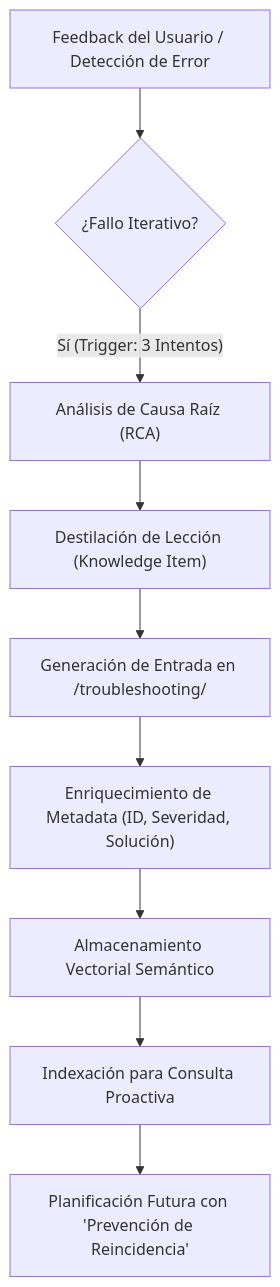
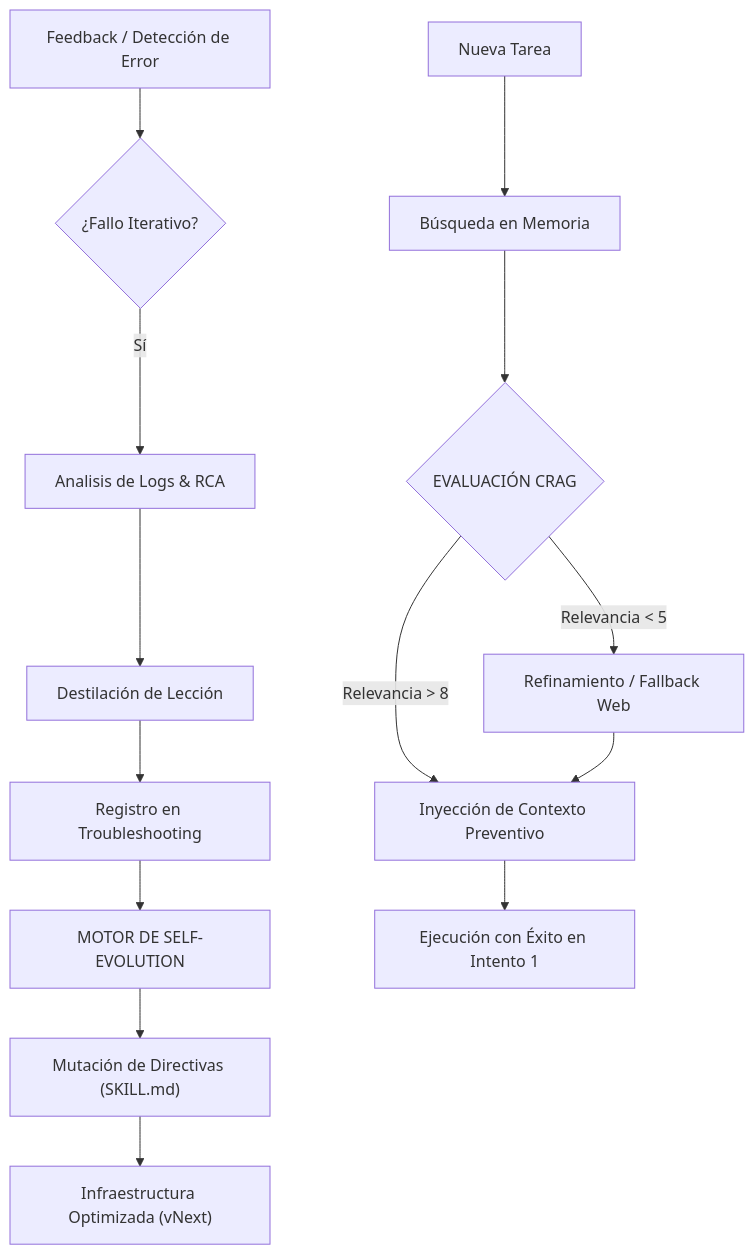
The diagram in README.md (ingjaviergomezm/phva-vectorizado), drawn with Mermaid before and after one commit. The commit also changed other lines of this file and 3 other files, not shown here.

Commit message:
Update to v2.0.0: Integrating CRAG Protocol and Self-Evolution Engine.

````diff
--- a/README.md
+++ b/README.md
@@ -58,11 +49,17 @@
 ```mermaid
 graph TD
-    A["Feedback del Usuario / Detección de Error"] --> B{"¿Fallo Iterativo?"}
-    B -- "Sí (Trigger: 3 Intentos)" --> C["Análisis de Causa Raíz (RCA)"]
-    C --> D["Destilación de Lección (Knowledge Item)"]
-    D --> E["Generación de Entrada en /troubleshooting/"]
-    E --> F["Enriquecimiento de Metadata (ID, Severidad, Solución)"]
-    F --> G["Almacenamiento Vectorial Semántico"]
-    G --> H["Indexación para Consulta Proactiva"]
-    H --> I["Planificación Futura con 'Prevención de Reincidencia'"]
+    A["Feedback / Detección de Error"] --> B{"¿Fallo Iterativo?"}
+    B -- "Sí" --> C["Analisis de Logs & RCA"]
+    C --> D["Destilación de Lección"]
+    D --> E["Registro en Troubleshooting"]
+    E --> F["MOTOR DE SELF-EVOLUTION"]
+    F --> G["Mutación de Directivas (SKILL.md)"]
+    G --> H["Infraestructura Optimizada (vNext)"]
+    
+    I["Nueva Tarea"] --> J["Búsqueda en Memoria"]
+    J --> K{"EVALUACIÓN CRAG"}
+    K -- "Relevancia < 5" --> L["Refinamiento / Fallback Web"]
+    K -- "Relevancia > 8" --> M["Inyección de Contexto Preventivo"]
+    L --> M
+    M --> N["Ejecución con Éxito en Intento 1"]
 ```
````
